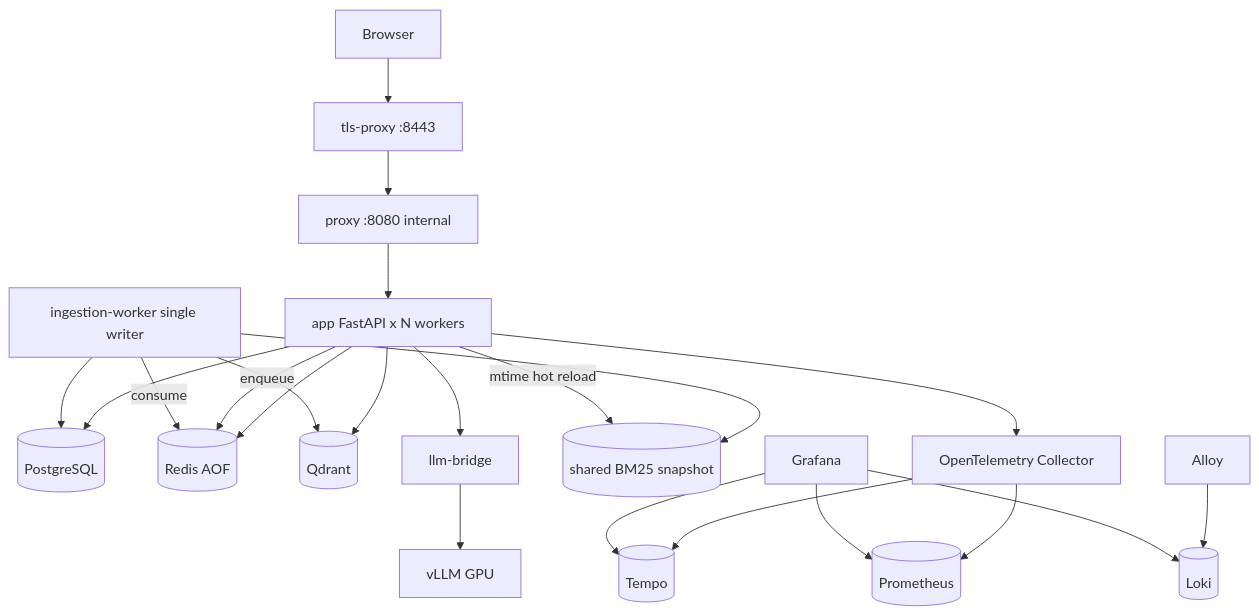
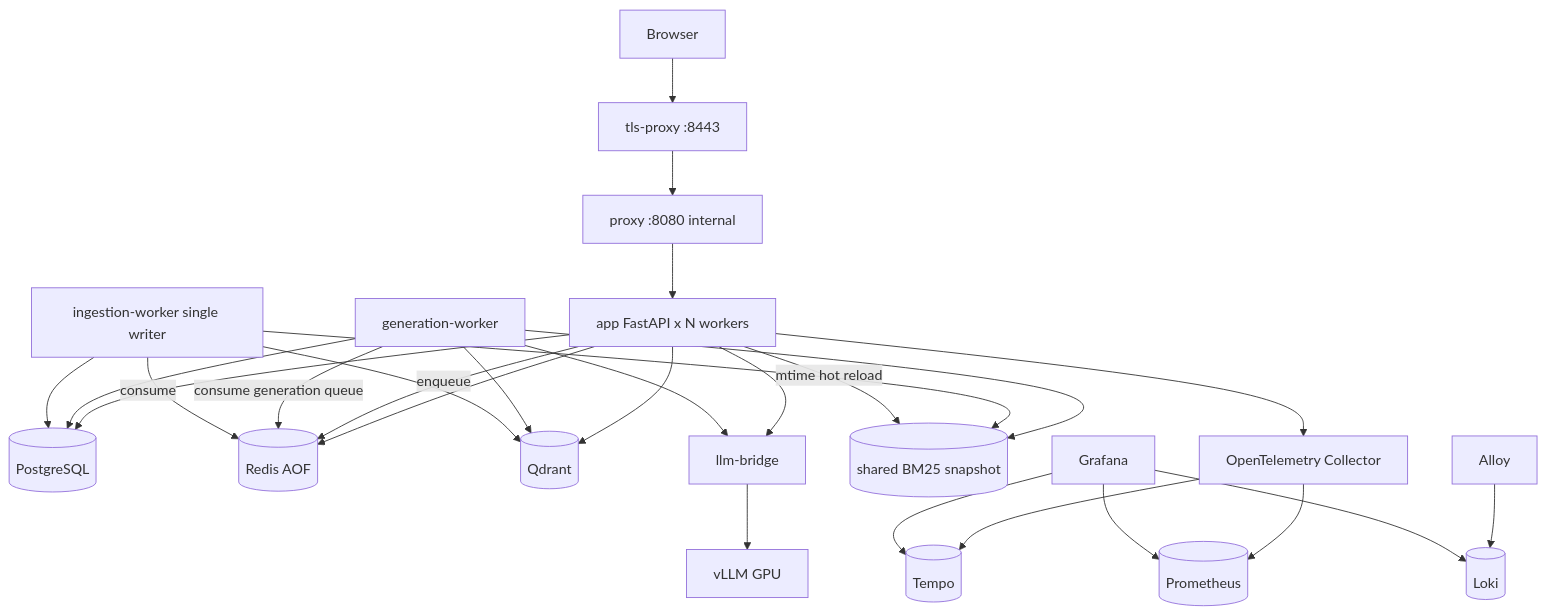
One commit to Gotrik1/rag_llm changed the second of 3 diagrams in architecture.md. Above: the diagram before and after it, drawn with Mermaid. The commit also changed other lines of this file and 213 other files, not shown here.

````diff
--- a/architecture.md
+++ b/architecture.md
@@ -24,24 +24,29 @@
 ```mermaid
 flowchart TB
     U[Browser] --> TLS[tls-proxy :8443]
     TLS --> PX[proxy :8080 internal]
     PX --> APP[app FastAPI x N workers]
     APP --> PG[(PostgreSQL)]
     APP --> RD[(Redis AOF)]
     APP --> QD[(Qdrant)]
     APP --> LB[llm-bridge]
     LB --> VL[vLLM GPU]
     APP -->|enqueue| RD
+    GW[generation-worker] -->|consume generation queue| RD
+    GW --> PG
+    GW --> LB
+    GW --> QD
+    GW --> BM
     IW[ingestion-worker single writer] -->|consume| RD
     IW --> PG
     IW --> QD
     IW --> BM[(shared BM25 snapshot)]
     APP -->|mtime hot reload| BM
     APP --> OT[OpenTelemetry Collector]
     OT --> TP[(Tempo)]
     OT --> PR[(Prometheus)]
     AL[Alloy] --> LK[(Loki)]
     GR[Grafana] --> PR
     GR --> TP
     GR --> LK
 ```
````
